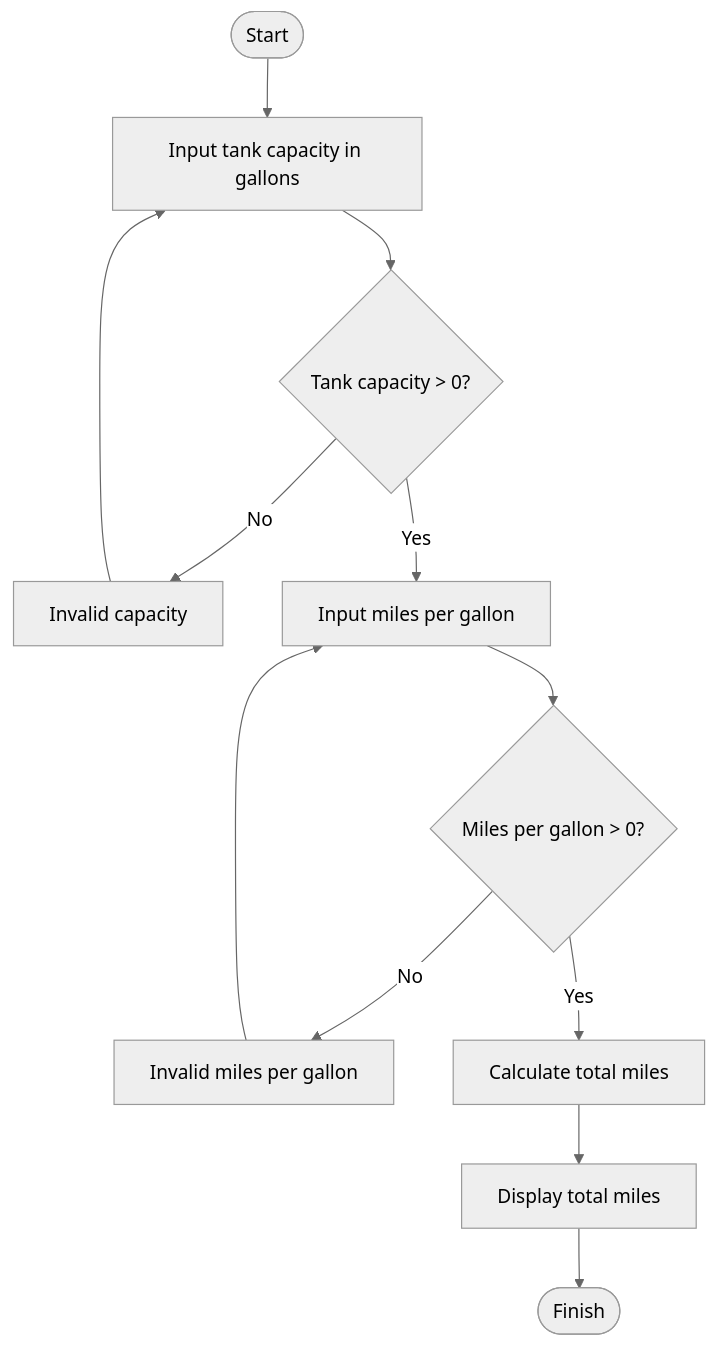
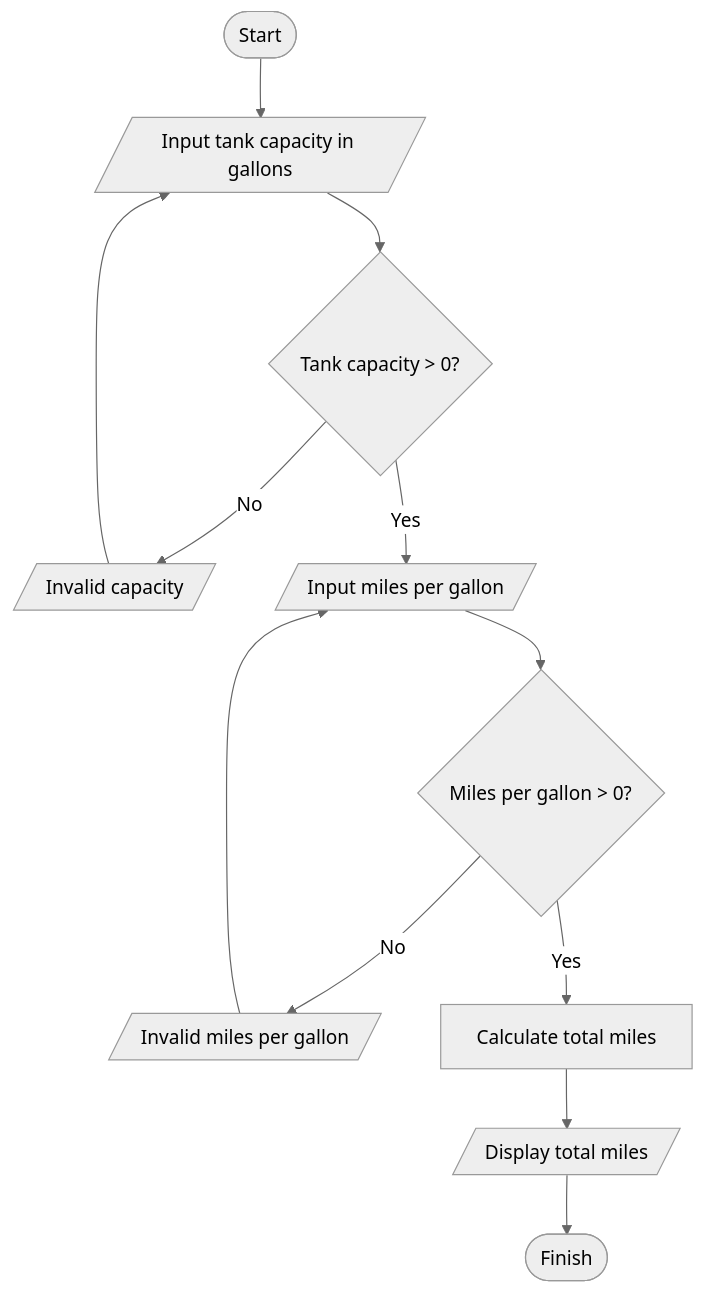
The diagram in ETS1116_Nebiyu_Yalemgeta/mile_per_tank.md (SWEG-2016EC-Batch/The-5-Bits), drawn with Mermaid (neutral theme) before and after one commit.

````diff
--- a/ETS1116_Nebiyu_Yalemgeta/mile_per_tank.md
+++ b/ETS1116_Nebiyu_Yalemgeta/mile_per_tank.md
@@ -24,14 +24,17 @@
 ```mermaid
 flowchart TD
-    start([Start]) --> inputTankCapacity[Input tank capacity in gallons]
+    start([Start]) --> inputTankCapacity[/Input tank capacity in gallons/]
     inputTankCapacity --> validateTankCapacity{Tank capacity > 0?}
-    validateTankCapacity -->|No| errorTankCapacity[Invalid capacity] --> inputTankCapacity
-    validateTankCapacity -->|Yes| inputMilesPerGallon[Input miles per gallon]
+    validateTankCapacity -->|No| errorTankCapacity[/Invalid capacity/]
+    errorTankCapacity --> inputTankCapacity
+    validateTankCapacity -->|Yes| inputMilesPerGallon[/Input miles per gallon/]
     inputMilesPerGallon --> validateMilesPerGallon{Miles per gallon > 0?}
-    validateMilesPerGallon -->|No| errorMilesPerGallon[Invalid miles per gallon] --> inputMilesPerGallon
+    validateMilesPerGallon -->|No| errorMilesPerGallon[/Invalid miles per gallon/]
+    errorMilesPerGallon --> inputMilesPerGallon
     validateMilesPerGallon -->|Yes| calculateTotalMiles[Calculate total miles]
-    calculateTotalMiles --> outputTotalMiles[Display total miles]
+    calculateTotalMiles --> outputTotalMiles[/Display total miles/]
     outputTotalMiles --> finish([Finish])
 
 
+
 ```
````
